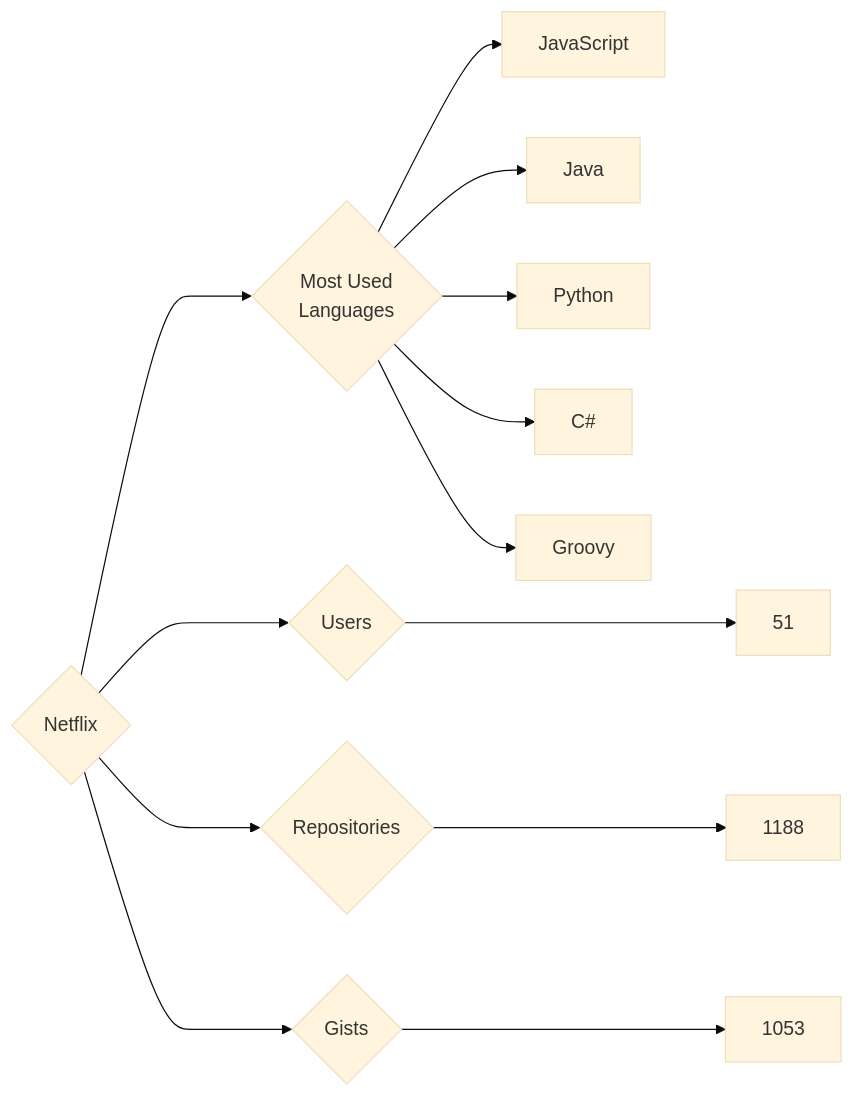
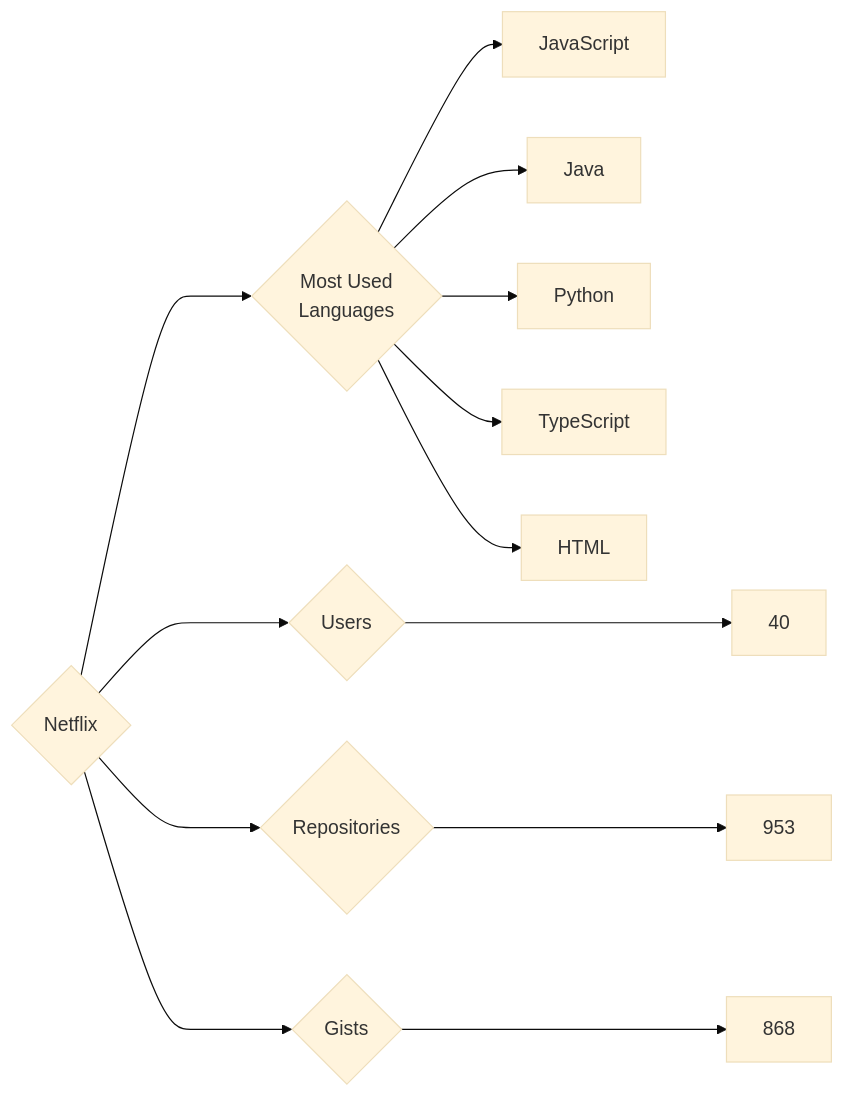
Before and after one commit to trickest/insiders: the diagram in targets/Netflix/README.md, drawn with Mermaid (base theme). The commit also changed 955 other files, not shown here.

````diff
--- a/targets/Netflix/README.md
+++ b/targets/Netflix/README.md
@@ -3,13 +3,13 @@
 ```mermaid
 graph LR
 COMPANY_NAME{Netflix}
-COMPANY_NAME ---> U{Users} ---> UN[51]
-COMPANY_NAME ---> R{Repositories} ---> RN[1188]
-COMPANY_NAME ---> G{Gists} ---> GN[1053]
+COMPANY_NAME ---> U{Users} ---> UN[40]
+COMPANY_NAME ---> R{Repositories} ---> RN[953]
+COMPANY_NAME ---> G{Gists} ---> GN[868]
 COMPANY_NAME ---> ML{Most Used<br>Languages}
 ML --> JavaScript[JavaScript]
 ML --> Java[Java]
 ML --> Python[Python]
-ML --> C#[C#]
-ML --> Groovy[Groovy]
+ML --> TypeScript[TypeScript]
+ML --> HTML[HTML]
 ```
````
